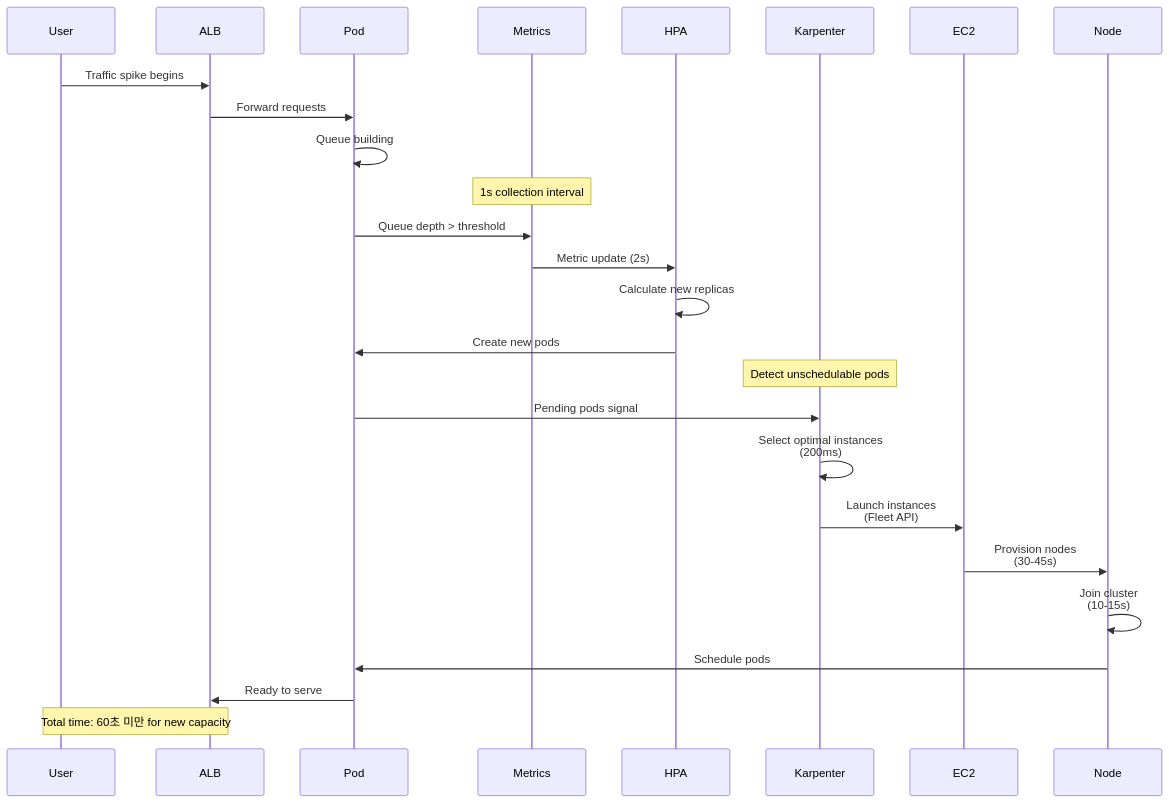
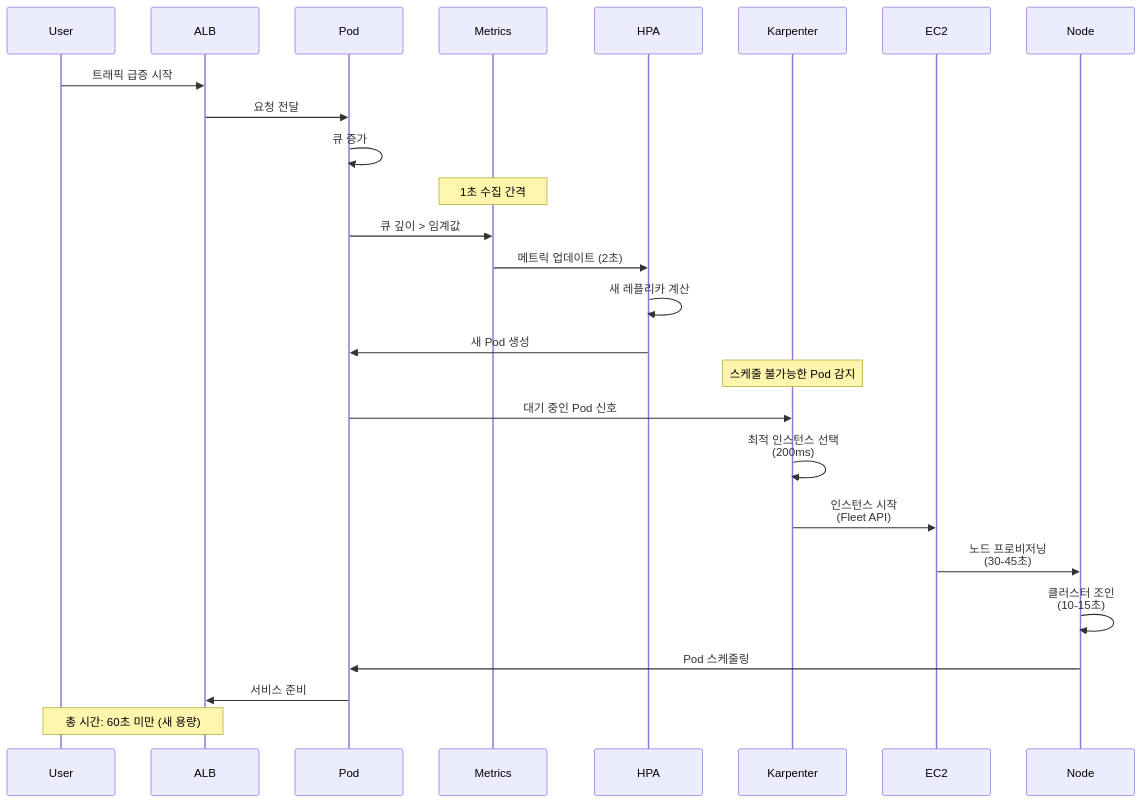
The ninth of 13 diagrams in docs/performance-networking/karpenter-autoscaling.md (devfloor9/engineering-playbook), drawn with Mermaid before and after one commit. The commit also changed other lines of this file and 30 other files, not shown here.

````diff
--- a/docs/performance-networking/karpenter-autoscaling.md
+++ b/docs/performance-networking/karpenter-autoscaling.md
@@ -349,36 +441,36 @@
 ```mermaid
 sequenceDiagram
     participant User
     participant ALB
     participant Pod
     participant Metrics
     participant HPA
     participant Karpenter
     participant EC2
     participant Node
 
-    User->>ALB: Traffic spike begins
-    ALB->>Pod: Forward requests
-    Pod->>Pod: Queue building
+    User->>ALB: 트래픽 급증 시작
+    ALB->>Pod: 요청 전달
+    Pod->>Pod: 큐 증가
 
-    Note over Metrics: 1s collection interval
-    Pod->>Metrics: Queue depth > threshold
-    Metrics->>HPA: Metric update (2s)
+    Note over Metrics: 1초 수집 간격
+    Pod->>Metrics: 큐 깊이 > 임계값
+    Metrics->>HPA: 메트릭 업데이트 (2초)
 
-    HPA->>HPA: Calculate new replicas
-    HPA->>Pod: Create new pods
+    HPA->>HPA: 새 레플리카 계산
+    HPA->>Pod: 새 Pod 생성
 
-    Note over Karpenter: Detect unschedulable pods
-    Pod->>Karpenter: Pending pods signal
-    Karpenter->>Karpenter: Select optimal instances<br/>(200ms)
+    Note over Karpenter: 스케줄 불가능한 Pod 감지
+    Pod->>Karpenter: 대기 중인 Pod 신호
+    Karpenter->>Karpenter: 최적 인스턴스 선택<br/>(200ms)
 
-    Karpenter->>EC2: Launch instances<br/>(Fleet API)
-    EC2->>Node: Provision nodes<br/>(30-45s)
+    Karpenter->>EC2: 인스턴스 시작<br/>(Fleet API)
+    EC2->>Node: 노드 프로비저닝<br/>(30-45초)
 
-    Node->>Node: Join cluster<br/>(10-15s)
-    Node->>Pod: Schedule pods
-    Pod->>ALB: Ready to serve
+    Node->>Node: 클러스터 조인<br/>(10-15초)
+    Node->>Pod: Pod 스케줄링
+    Pod->>ALB: 서비스 준비
 
-    Note over User,ALB: Total time: 60초 미만 for new capacity
+    Note over User,ALB: 총 시간: 60초 미만 (새 용량)
 
 ```
````
